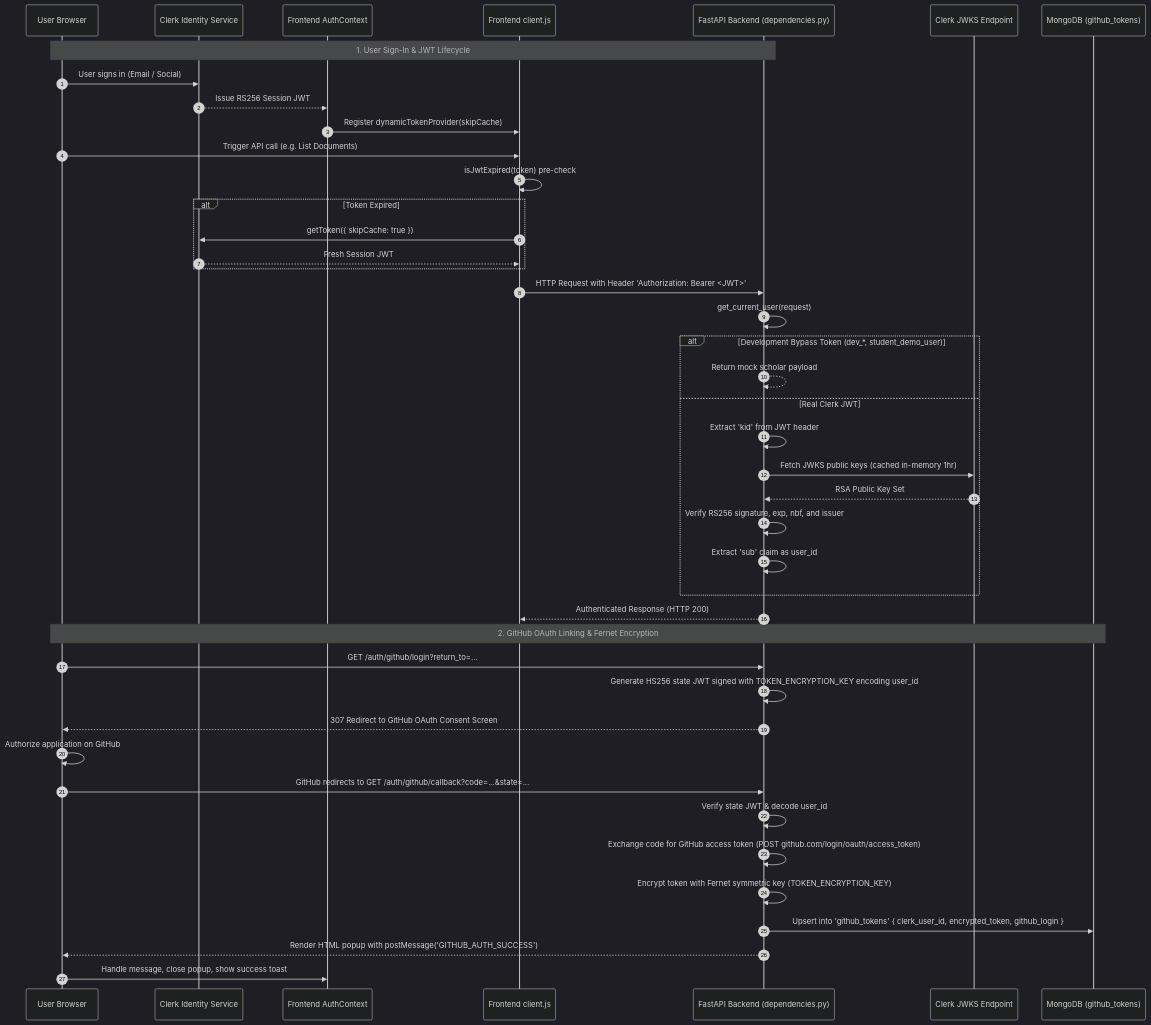
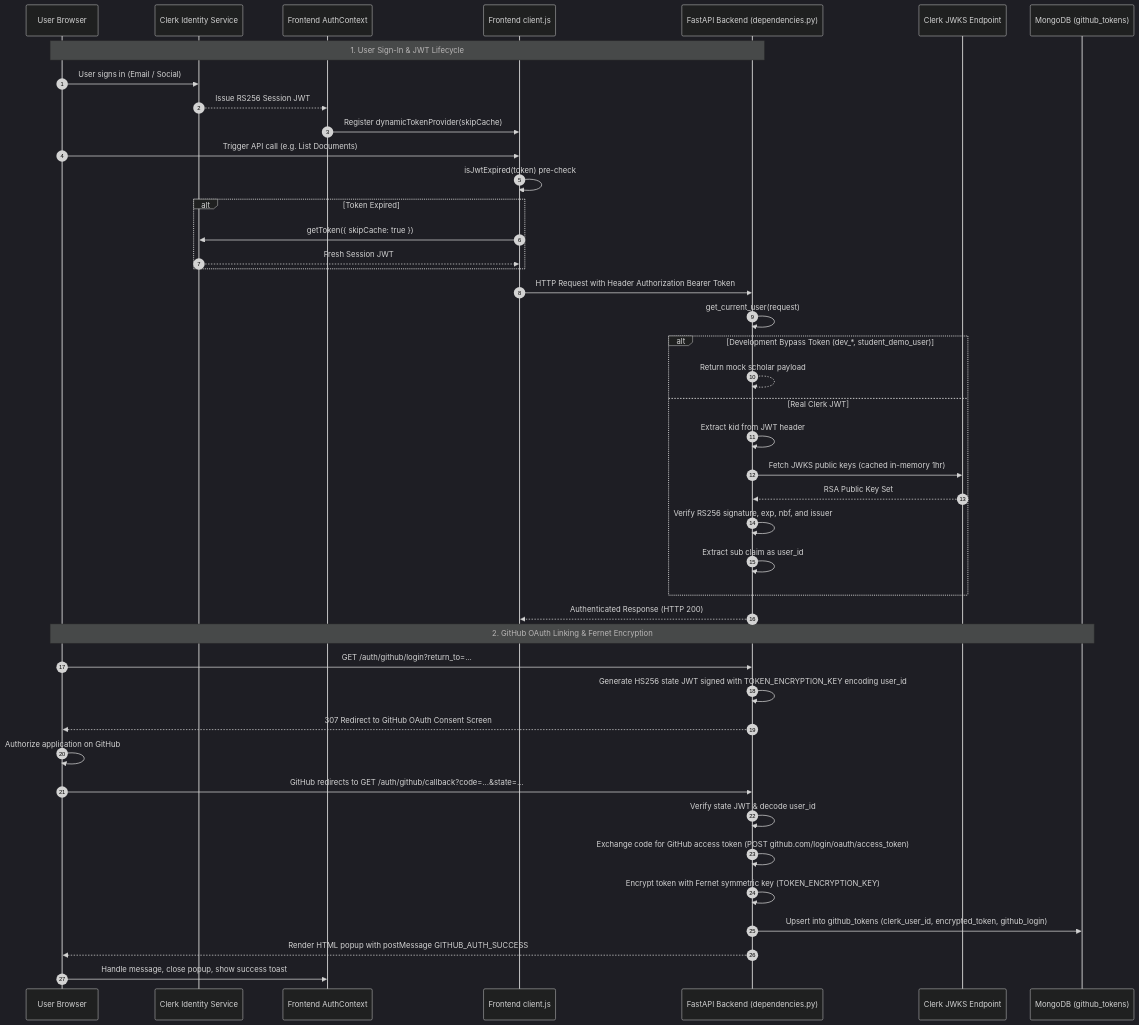
The second of 9 diagrams in docs/workflow.md (priyadharshiniannadurai413-dev/study_guide_generator), drawn with Mermaid (dark theme) before and after one commit. The commit also changed other lines of this file and 1 other file, not shown here.

Commit message:
docs: add system workflow and architecture documentation

````diff
--- a/docs/workflow.md
+++ b/docs/workflow.md
@@ -94,51 +101,51 @@
 ```mermaid
 sequenceDiagram
     autonumber
     participant Student as User Browser
     participant Clerk as Clerk Identity Service
     participant AuthCtx as Frontend AuthContext
     participant ClientJS as Frontend client.js
     participant API as FastAPI Backend (dependencies.py)
     participant ClerkJWKS as Clerk JWKS Endpoint
     participant TokenStore as MongoDB (github_tokens)
 
     %% Authentication Flow
     Note over Student,API: 1. User Sign-In & JWT Lifecycle
     Student->>Clerk: User signs in (Email / Social)
     Clerk-->>AuthCtx: Issue RS256 Session JWT
     AuthCtx->>ClientJS: Register dynamicTokenProvider(skipCache)
     
     Student->>ClientJS: Trigger API call (e.g. List Documents)
     ClientJS->>ClientJS: isJwtExpired(token) pre-check
     alt Token Expired
         ClientJS->>Clerk: getToken({ skipCache: true })
         Clerk-->>ClientJS: Fresh Session JWT
     end
     
-    ClientJS->>API: HTTP Request with Header 'Authorization: Bearer <JWT>'
+    ClientJS->>API: HTTP Request with Header Authorization Bearer Token
     API->>API: get_current_user(request)
     alt Development Bypass Token (dev_*, student_demo_user)
         API-->>API: Return mock scholar payload
     else Real Clerk JWT
-        API->>API: Extract 'kid' from JWT header
+        API->>API: Extract kid from JWT header
         API->>ClerkJWKS: Fetch JWKS public keys (cached in-memory 1hr)
         ClerkJWKS-->>API: RSA Public Key Set
         API->>API: Verify RS256 signature, exp, nbf, and issuer
-        API->>API: Extract 'sub' claim as user_id
+        API->>API: Extract sub claim as user_id
     end
     API-->>ClientJS: Authenticated Response (HTTP 200)
 
     %% GitHub Account Linking Flow
     Note over Student,TokenStore: 2. GitHub OAuth Linking & Fernet Encryption
     Student->>API: GET /auth/github/login?return_to=...
     API->>API: Generate HS256 state JWT signed with TOKEN_ENCRYPTION_KEY encoding user_id
     API-->>Student: 307 Redirect to GitHub OAuth Consent Screen
     Student->>Student: Authorize application on GitHub
     Student->>API: GitHub redirects to GET /auth/github/callback?code=...&state=...
     API->>API: Verify state JWT & decode user_id
     API->>API: Exchange code for GitHub access token (POST github.com/login/oauth/access_token)
     API->>API: Encrypt token with Fernet symmetric key (TOKEN_ENCRYPTION_KEY)
-    API->>TokenStore: Upsert into 'github_tokens' { clerk_user_id, encrypted_token, github_login }
-    API-->>Student: Render HTML popup with postMessage('GITHUB_AUTH_SUCCESS')
+    API->>TokenStore: Upsert into github_tokens (clerk_user_id, encrypted_token, github_login)
+    API-->>Student: Render HTML popup with postMessage GITHUB_AUTH_SUCCESS
     Student->>AuthCtx: Handle message, close popup, show success toast
 ```
````
